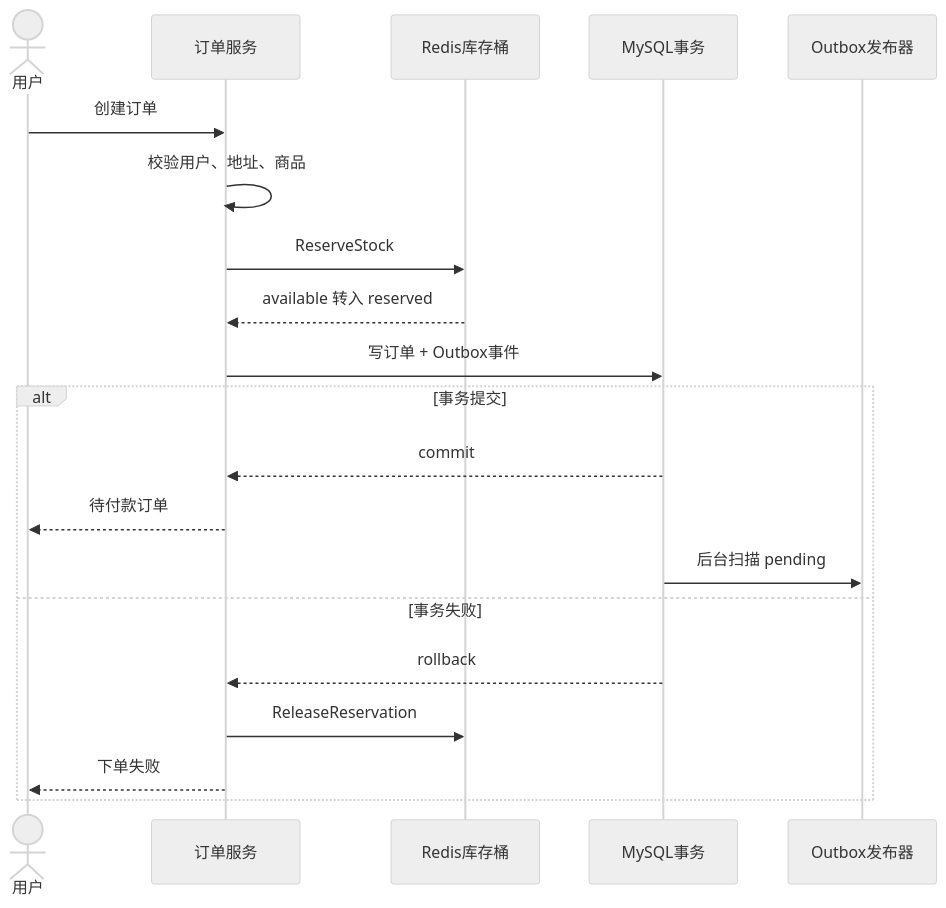
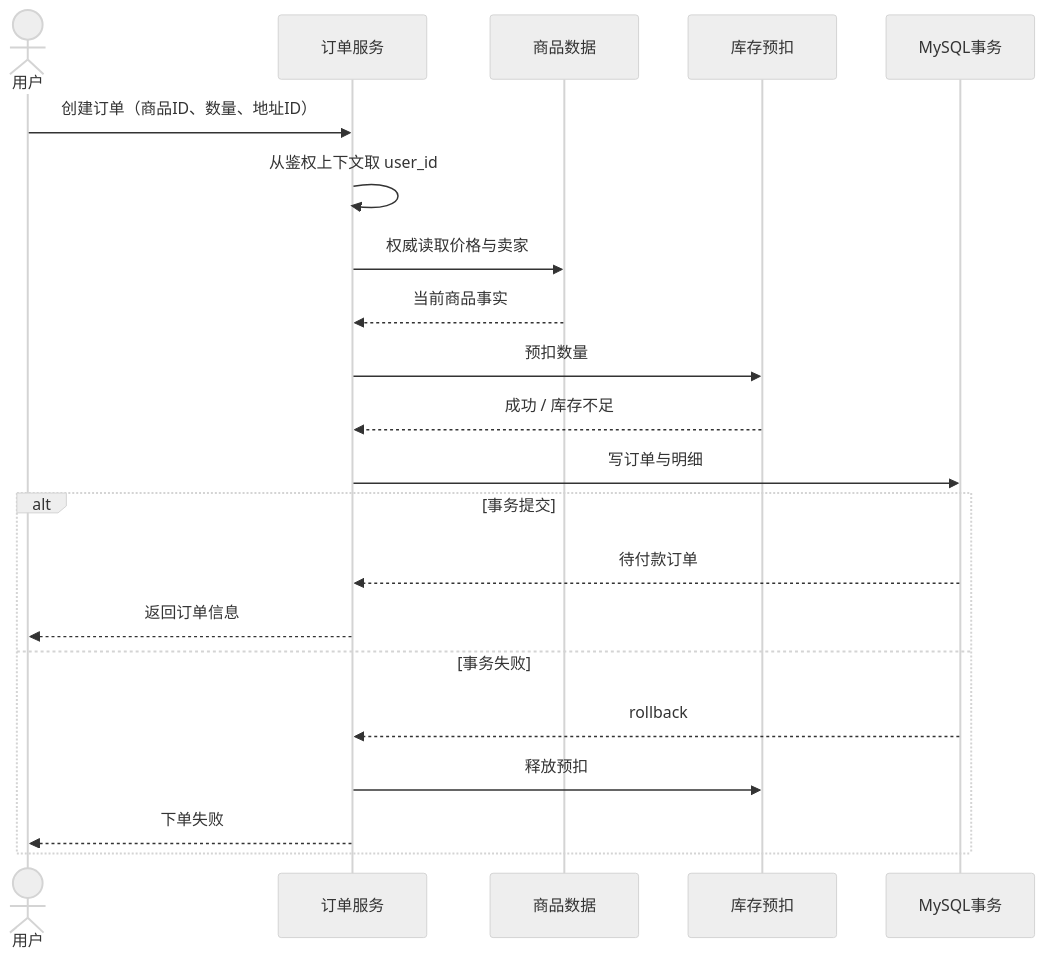
Before and after one commit to RedInn7/gomall: the fourth of 4 diagrams in docs/lecture/00-overview.md, drawn with Mermaid (neutral theme). The commit also changed other lines of this file and 3 other files, not shown here.

````diff
--- a/docs/lecture/00-overview.md
+++ b/docs/lecture/00-overview.md
@@ -88,22 +101,23 @@
 ```mermaid
 sequenceDiagram
     actor U as 用户
     participant O as 订单服务
-    participant R as Redis库存桶
+    participant P as 商品数据
+    participant R as 库存预扣
     participant D as MySQL事务
-    participant P as Outbox发布器
-    U->>O: 创建订单
-    O->>O: 校验用户、地址、商品
-    O->>R: ReserveStock
-    R-->>O: available 转入 reserved
-    O->>D: 写订单 + Outbox事件
+    U->>O: 创建订单（商品ID、数量、地址ID）
+    O->>O: 从鉴权上下文取 user_id
+    O->>P: 权威读取价格与卖家
+    P-->>O: 当前商品事实
+    O->>R: 预扣数量
+    R-->>O: 成功 / 库存不足
+    O->>D: 写订单与明细
     alt 事务提交
-        D-->>O: commit
-        O-->>U: 待付款订单
-        D->>P: 后台扫描 pending
+        D-->>O: 待付款订单
+        O-->>U: 返回订单信息
     else 事务失败
         D-->>O: rollback
-        O->>R: ReleaseReservation
+        O->>R: 释放预扣
         O-->>U: 下单失败
     end
 ```
````
